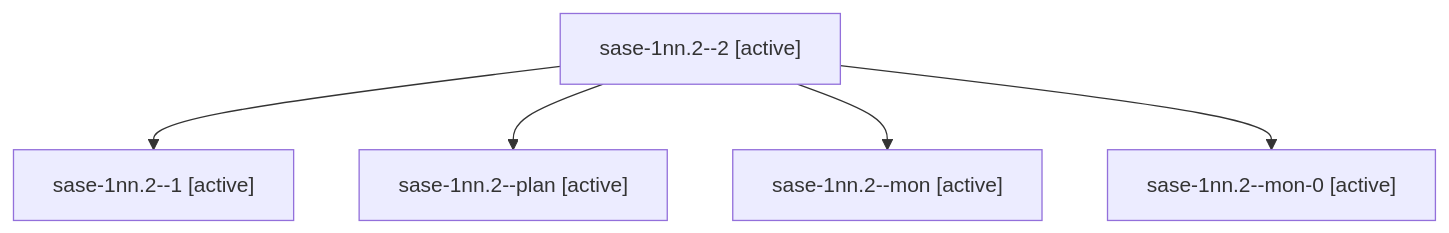
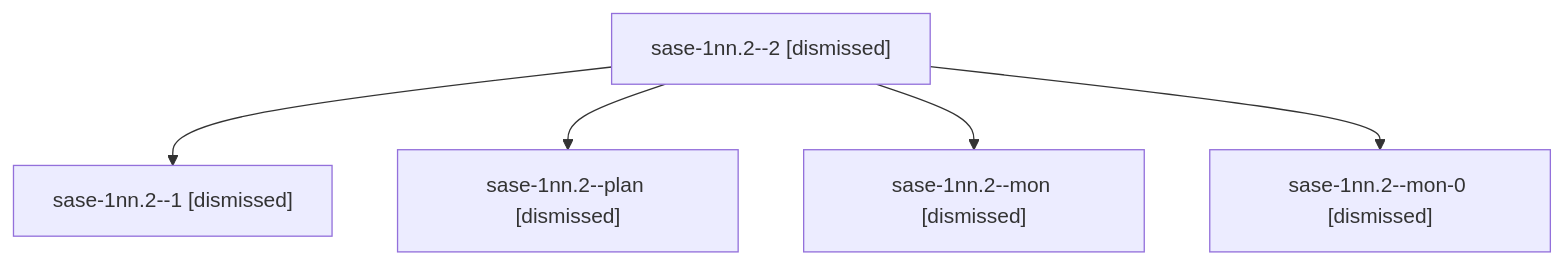
Before and after one commit to sase-org/sase--agents: the diagram in sessions/bbugyi200.athena.sase-1nn.2.md, drawn with Mermaid. The commit also changed other lines of this file and 188 other files, not shown here.

````diff
--- a/sessions/bbugyi200.athena.sase-1nn.2.md
+++ b/sessions/bbugyi200.athena.sase-1nn.2.md
@@ -9,12 +9,12 @@
 ```mermaid
 flowchart TD
-  n0["sase-1nn.2--2 [active]"]
-  n1["sase-1nn.2--1 [active]"]
+  n0["sase-1nn.2--2 [dismissed]"]
+  n1["sase-1nn.2--1 [dismissed]"]
   n0 --> n1
-  n2["sase-1nn.2--plan [active]"]
+  n2["sase-1nn.2--plan [dismissed]"]
   n0 --> n2
-  n3["sase-1nn.2--mon [active]"]
+  n3["sase-1nn.2--mon [dismissed]"]
   n0 --> n3
-  n4["sase-1nn.2--mon-0 [active]"]
+  n4["sase-1nn.2--mon-0 [dismissed]"]
   n0 --> n4
 ```
````
